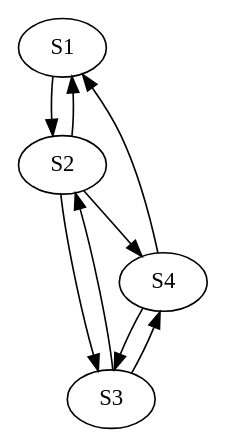
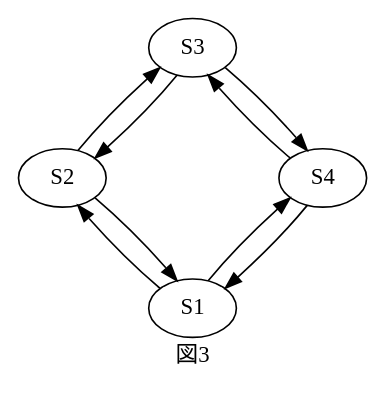
One commit to alex216/cs-recap changed the diagram in info-theo/img/3.dot. Above: the diagram before and after it, drawn with Graphviz. The commit also changed 31 other files, not shown here.

```diff
--- a/info-theo/img/3.dot
+++ b/info-theo/img/3.dot
@@ -1,15 +1,14 @@
-digraph{
+digraph {
+    label="図3"
+    layout=circo
     S1;
     S2;
     S3;
     S4;
 
-    S1 -> S2
-    S2 -> S4
-    S2 -> S3
-    S2 -> S1
-    S3 -> S4
-    S3 -> S2
-    S4 -> S1
-    S4 -> S3
+    S1 -> {S2,S4}
+    S2 -> {S1, S3}
+    S3 -> {S2, S4}
+    S4 -> {S3, S1}
+    {rank=same; S3, S2}
 }
```
